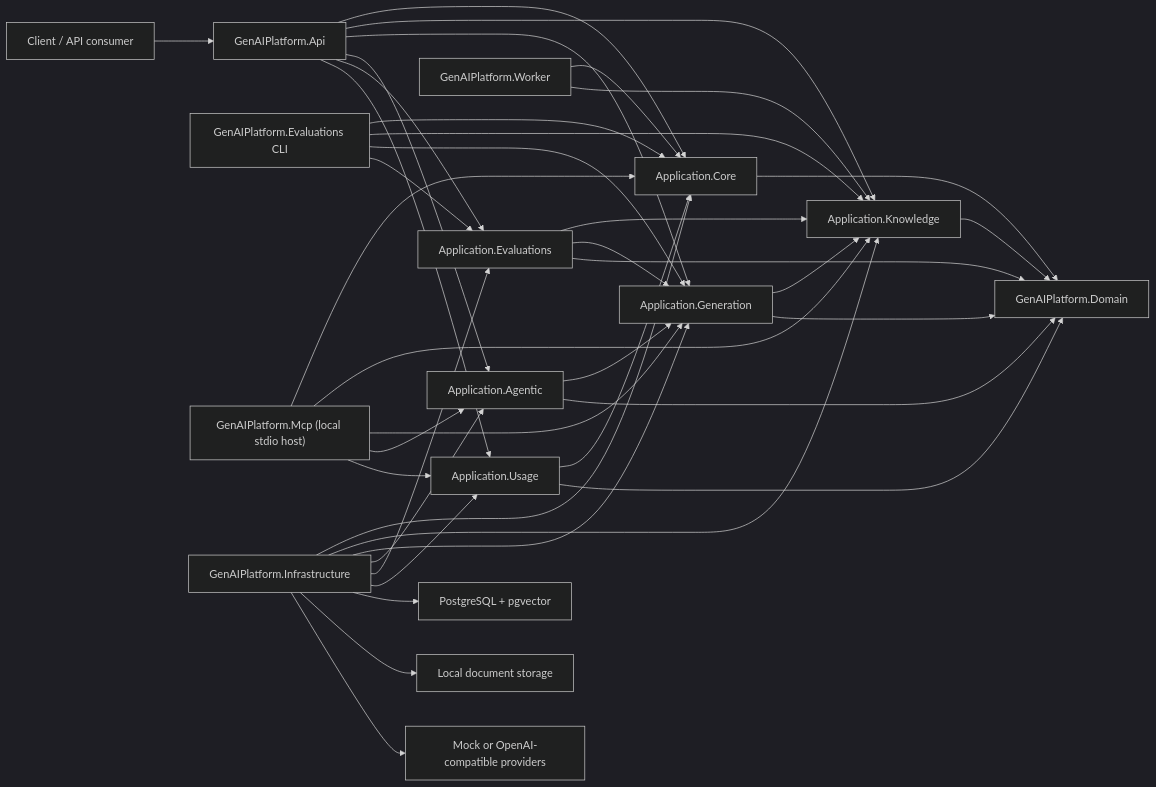
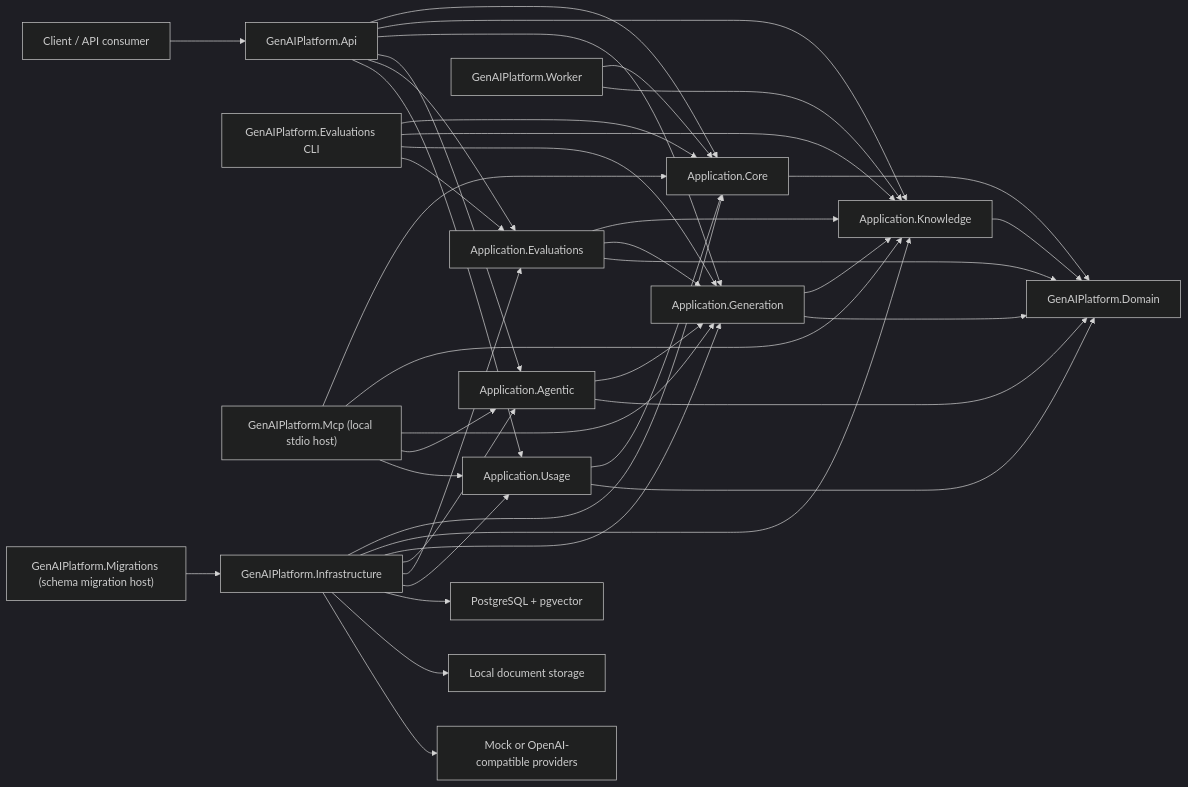
Before and after one commit to ilagutin/dotnet-genai-starter: the diagram in docs/architecture.md, drawn with Mermaid (dark theme). The commit also changed other lines of this file and 188 other files, not shown here.

````diff
--- a/docs/architecture.md
+++ b/docs/architecture.md
@@ -7,41 +7,42 @@
 ```mermaid
 flowchart LR
     Client["Client / API consumer"] --> Api["GenAIPlatform.Api"]
     Api --> Core["Application.Core"]
     Api --> Knowledge["Application.Knowledge"]
     Api --> Generation["Application.Generation"]
     Api --> Agentic["Application.Agentic"]
     Api --> EvalApp["Application.Evaluations"]
     Api --> Usage["Application.Usage"]
     Worker["GenAIPlatform.Worker"] --> Core
     Worker --> Knowledge
     Evaluations["GenAIPlatform.Evaluations CLI"] --> Core
     Evaluations --> Knowledge
     Evaluations --> Generation
     Evaluations --> EvalApp
     Mcp["GenAIPlatform.Mcp (local stdio host)"] --> Core
     Mcp --> Knowledge
     Mcp --> Generation
     Mcp --> Agentic
     Mcp --> Usage
     Generation --> Knowledge
     Agentic --> Generation
     EvalApp --> Knowledge
     EvalApp --> Generation
     Usage --> Core
     Core --> Domain["GenAIPlatform.Domain"]
     Knowledge --> Domain
     Generation --> Domain
     Agentic --> Domain
     EvalApp --> Domain
     Usage --> Domain
+    Migrations["GenAIPlatform.Migrations (schema migration host)"] --> Infrastructure
     Infrastructure["GenAIPlatform.Infrastructure"] --> Core
     Infrastructure --> Knowledge
     Infrastructure --> Generation
     Infrastructure --> Agentic
     Infrastructure --> EvalApp
     Infrastructure --> Usage
     Infrastructure --> Postgres["PostgreSQL + pgvector"]
     Infrastructure --> Storage["Local document storage"]
     Infrastructure --> Providers["Mock or OpenAI-compatible providers"]
 ```
````
